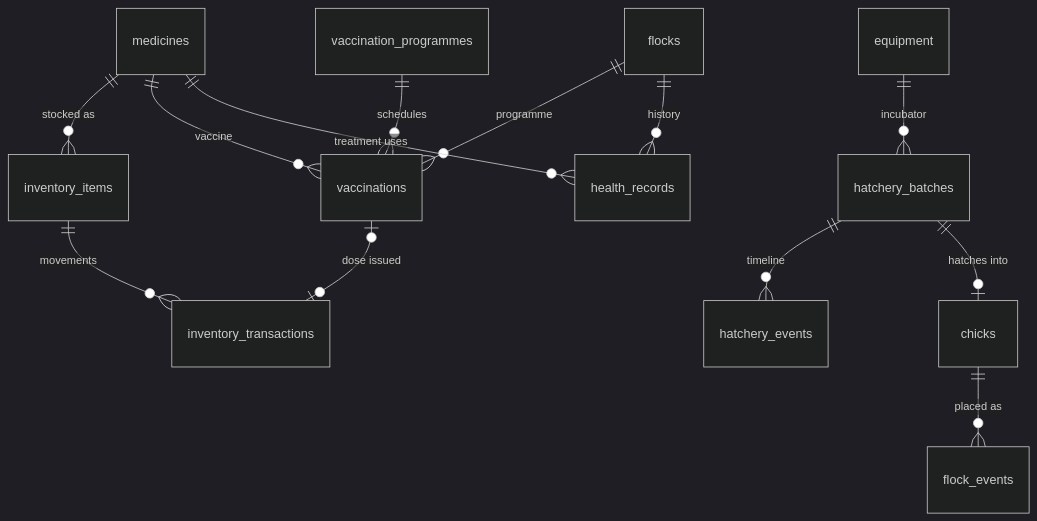
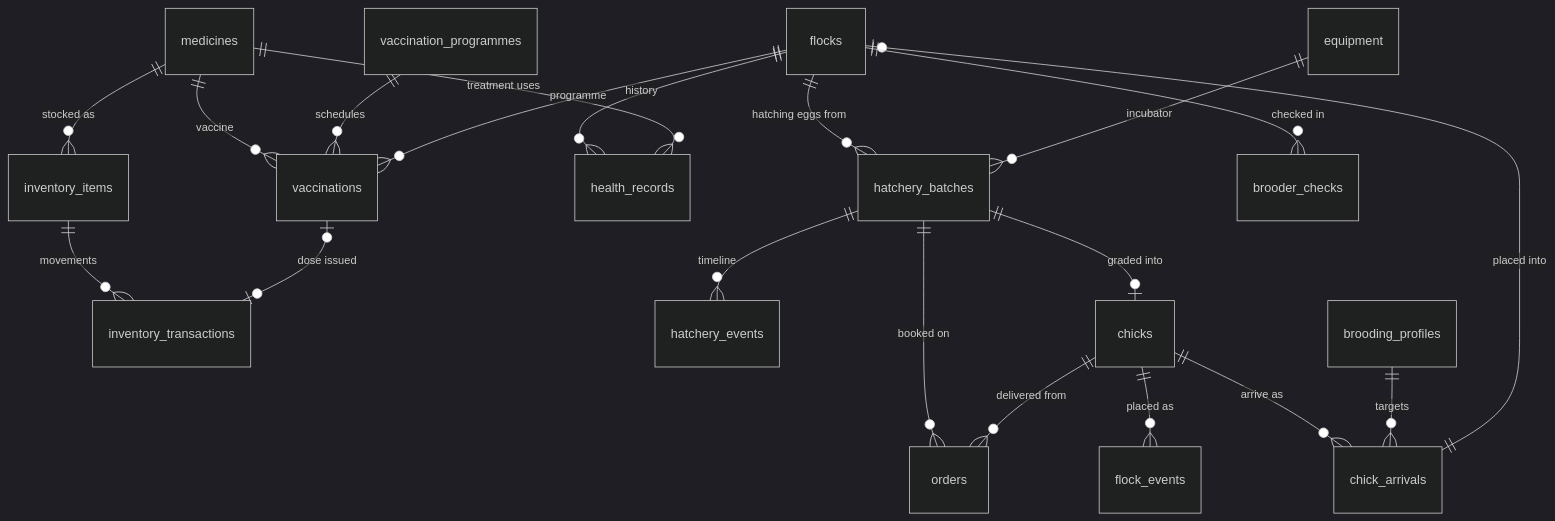
One commit to developers-gem/poultry-pilot changed the third of 6 diagrams in docs/data-model.md. Above: the diagram before and after it, drawn with Mermaid (dark theme). The commit also changed other lines of this file and 30 other files, not shown here.

Commit message:
HatcheryHub and ChickStart: hatchery ledger from egg source to delivery with rates, chick lots and orders, arrival preparation and placement, brooder checks against farm profiles, farm calendar with iCalendar export; nested Mongo transactions

````diff
--- a/docs/data-model.md
+++ b/docs/data-model.md
@@ -173,15 +178,22 @@
 ```mermaid
 erDiagram
   medicines ||--o{ inventory_items : "stocked as"
   inventory_items ||--o{ inventory_transactions : movements
   medicines ||--o{ vaccinations : vaccine
   vaccination_programmes ||--o{ vaccinations : schedules
   flocks ||--o{ vaccinations : programme
   flocks ||--o{ health_records : history
   medicines ||--o{ health_records : "treatment uses"
   vaccinations |o--o| inventory_transactions : "dose issued"
+  flocks ||--o{ hatchery_batches : "hatching eggs from"
   hatchery_batches ||--o{ hatchery_events : timeline
-  hatchery_batches ||--o| chicks : "hatches into"
+  hatchery_batches ||--o| chicks : "graded into"
+  hatchery_batches ||--o{ orders : "booked on"
+  chicks ||--o{ orders : "delivered from"
   chicks ||--o{ flock_events : "placed as"
+  chicks ||--o{ chick_arrivals : "arrive as"
+  chick_arrivals ||--o| flocks : "placed into"
+  brooding_profiles ||--o{ chick_arrivals : targets
+  flocks ||--o{ brooder_checks : "checked in"
   equipment ||--o{ hatchery_batches : incubator
 ```
````
